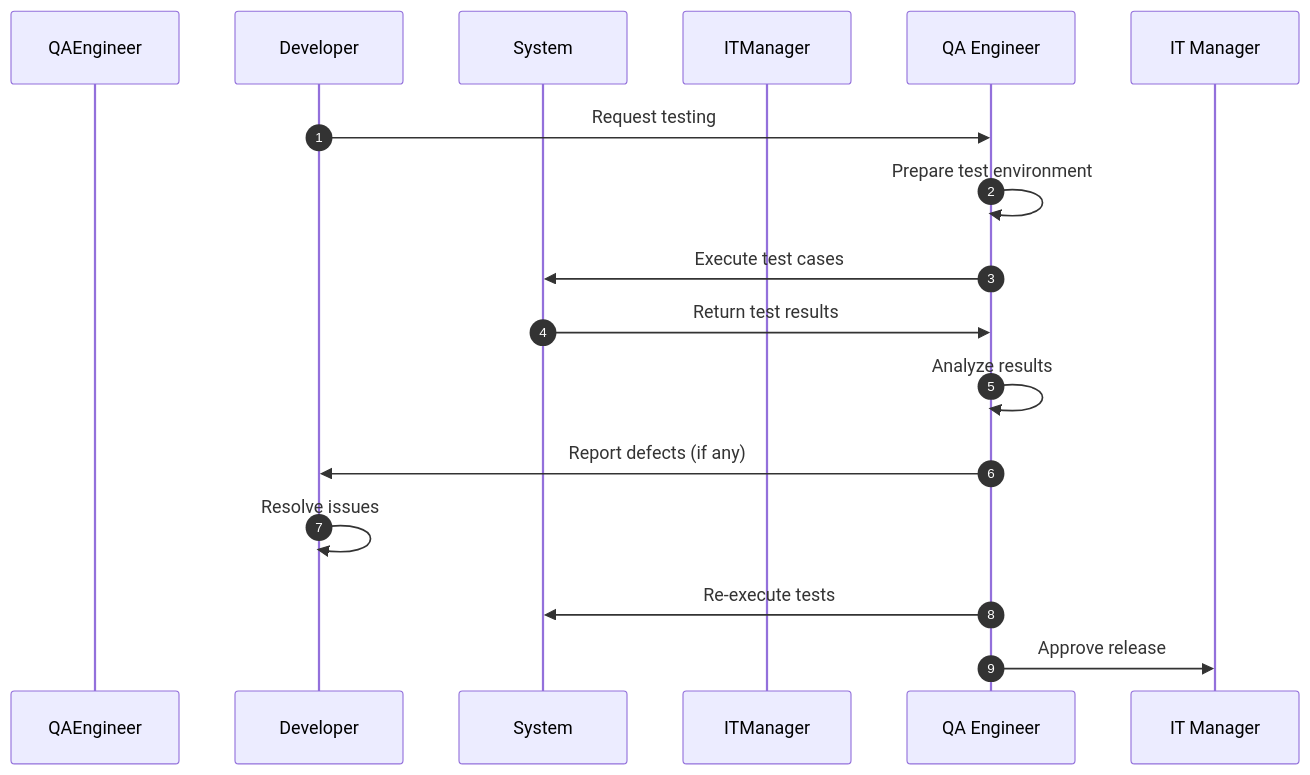
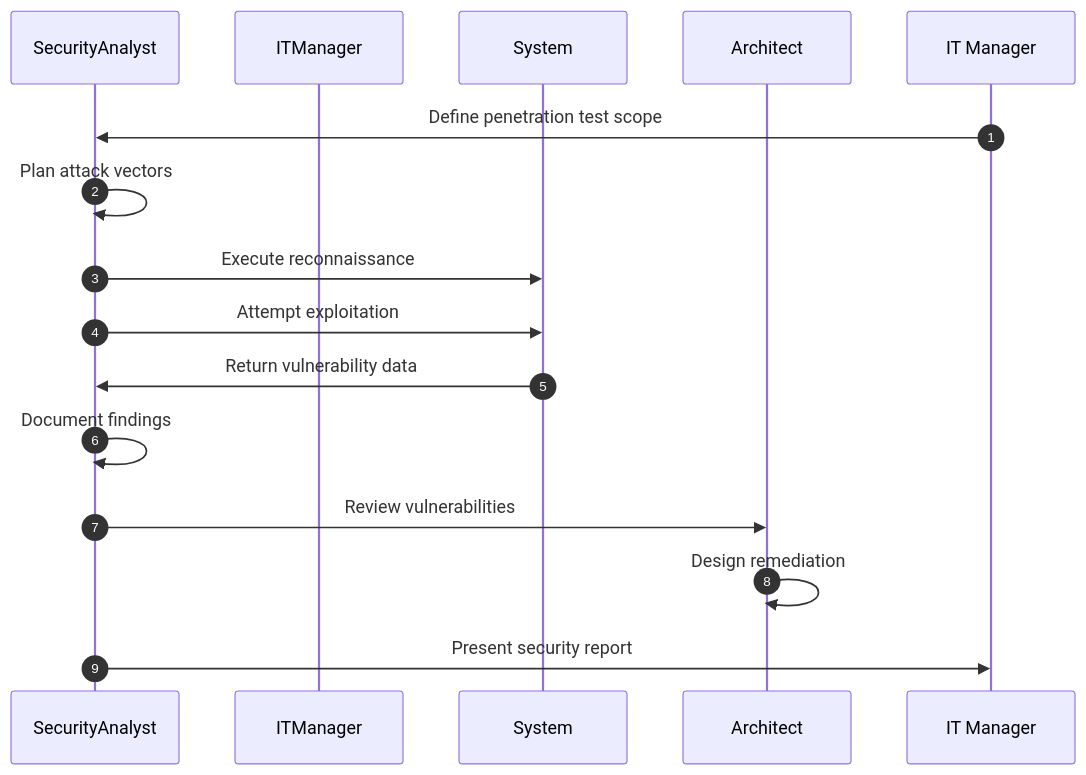
The third of 3 diagrams in processes/08-IT/8.3-DevelopManageITResilience/8.3.8-ManageITUserIdentity/ConductPenetrationTesting.mdx (kziemski/business.org.ai), drawn with Mermaid before and after one commit. The commit also changed 885 other files, not shown here.

````diff
--- a/processes/08-IT/8.3-DevelopManageITResilience/8.3.8-ManageITUserIdentity/ConductPenetrationTesting.mdx
+++ b/processes/08-IT/8.3-DevelopManageITResilience/8.3.8-ManageITUserIdentity/ConductPenetrationTesting.mdx
@@ -69,17 +69,17 @@
 ```mermaid
 sequenceDiagram
     autonumber
-    participant QAEngineer
-    participant Developer
+    participant SecurityAnalyst
+    participant ITManager
     participant System
-    participant ITManager
-    Developer->>QA Engineer: Request testing
-    QA Engineer->>QA Engineer: Prepare test environment
-    QA Engineer->>System: Execute test cases
-    System->>QA Engineer: Return test results
-    QA Engineer->>QA Engineer: Analyze results
-    QA Engineer->>Developer: Report defects (if any)
-    Developer->>Developer: Resolve issues
-    QA Engineer->>System: Re-execute tests
-    QA Engineer->>IT Manager: Approve release
+    participant Architect
+    IT Manager->>SecurityAnalyst: Define penetration test scope
+    SecurityAnalyst->>SecurityAnalyst: Plan attack vectors
+    SecurityAnalyst->>System: Execute reconnaissance
+    SecurityAnalyst->>System: Attempt exploitation
+    System->>SecurityAnalyst: Return vulnerability data
+    SecurityAnalyst->>SecurityAnalyst: Document findings
+    SecurityAnalyst->>Architect: Review vulnerabilities
+    Architect->>Architect: Design remediation
+    SecurityAnalyst->>IT Manager: Present security report
 ```
````
